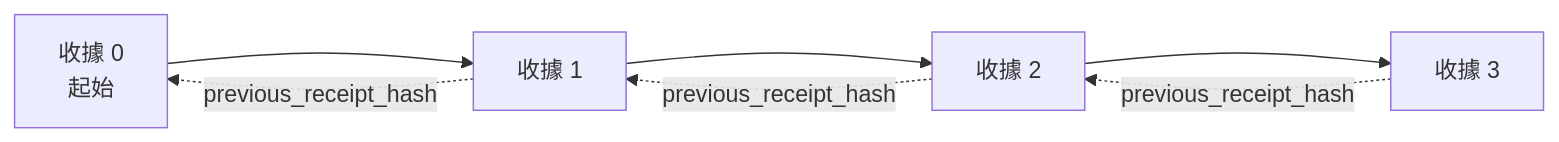
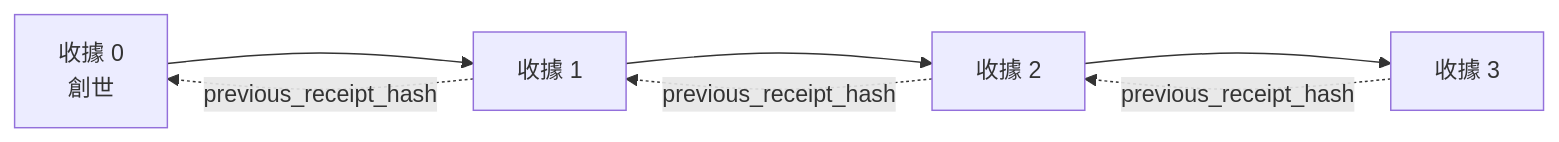
One commit to microsoft/ai-agents-for-beginners changed the second of 2 diagrams in translations/zh-MO/18-securing-ai-agents/README.md. Above: the diagram before and after it, drawn with Mermaid. The commit also changed other lines of this file and 44 other files, not shown here.

````diff
--- a/translations/zh-MO/18-securing-ai-agents/README.md
+++ b/translations/zh-MO/18-securing-ai-agents/README.md
@@ -206,9 +203,9 @@
 ```mermaid
 flowchart LR
-    R0[收據 0<br/>起始] --> R1[收據 1]
+    R0[收據 0<br/>創世] --> R1[收據 1]
     R1 --> R2[收據 2]
     R2 --> R3[收據 3]
     R1 -. previous_receipt_hash .-> R0
     R2 -. previous_receipt_hash .-> R1
     R3 -. previous_receipt_hash .-> R2
 ```
````
